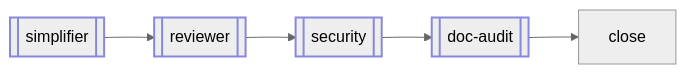
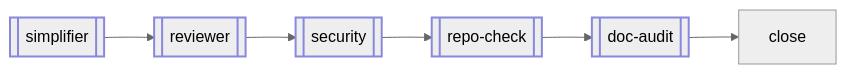
The second of 2 diagrams in README.md (chightow/canon-skills), drawn with Mermaid (neutral theme) before and after one commit. The commit also changed other lines of this file and 3 other files, not shown here.

````diff
--- a/README.md
+++ b/README.md
@@ -161,6 +161,6 @@
 ```mermaid
 flowchart LR
-    W1[[simplifier]] --> W2[[reviewer]] --> W3[[security]] --> W4[[doc-audit]] --> C5[close]
+    W1[[simplifier]] --> W2[[reviewer]] --> W3[[security]] --> W4[[repo-check]] --> W5[[doc-audit]] --> C6[close]
     classDef subskill stroke:#8888dd,stroke-width:2px
-    class W1,W2,W3,W4 subskill
+    class W1,W2,W3,W4,W5 subskill
 ```
````
